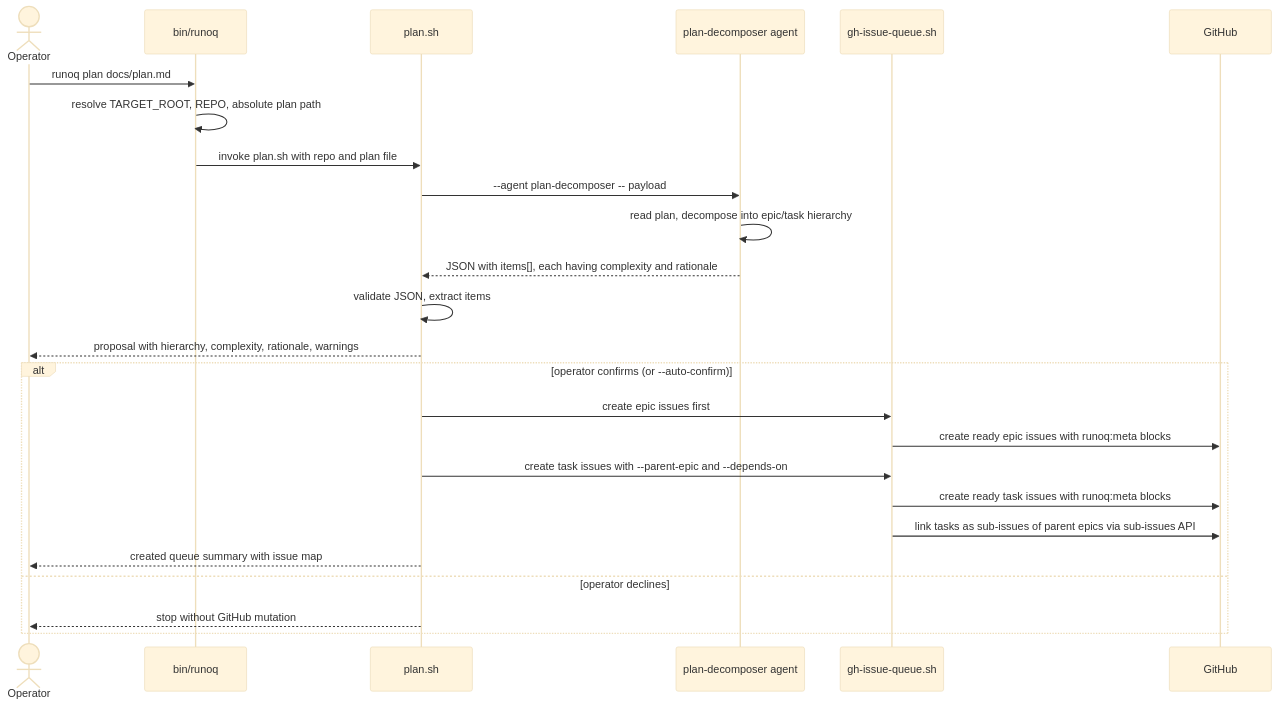
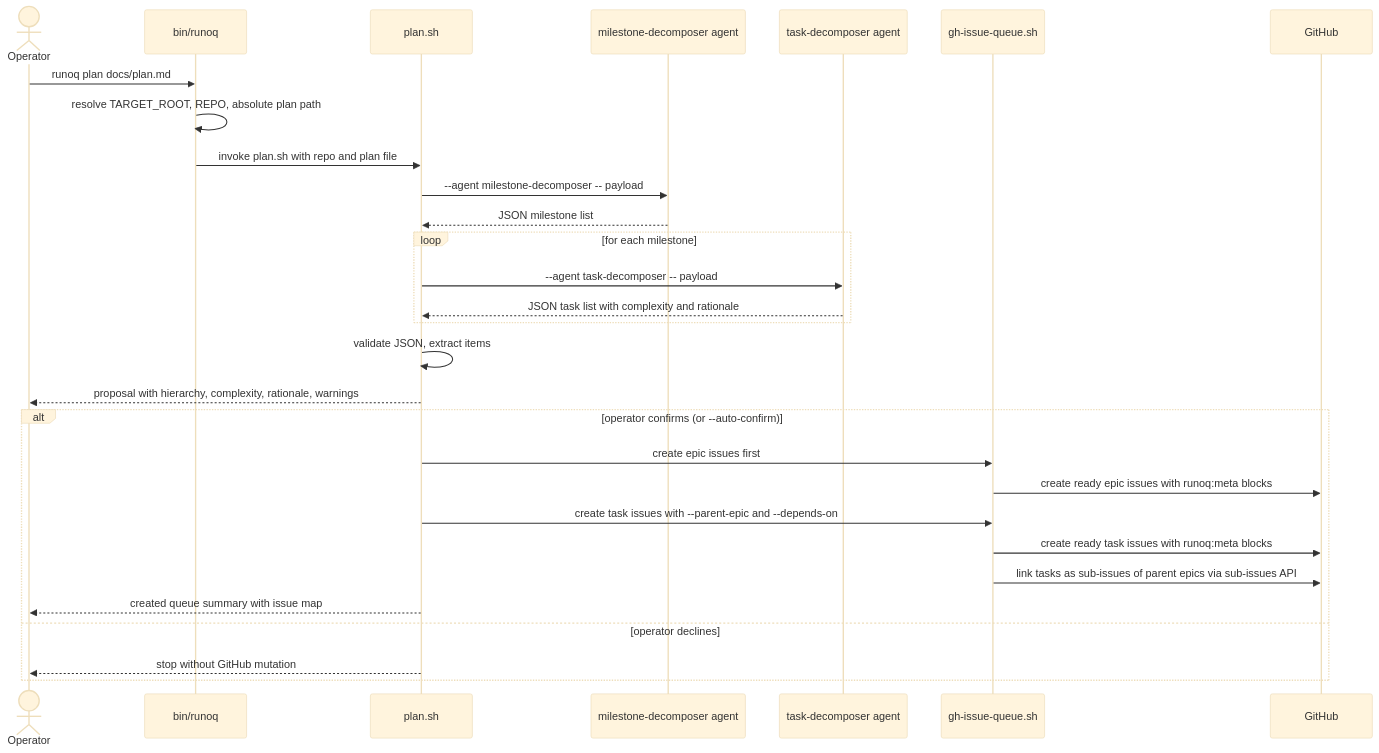
Before and after one commit to morhekil/runoq: the second of 9 diagrams in docs/architecture/flows.md, drawn with Mermaid (base theme). The commit also changed 2 other files, not shown here.

Commit message:
Document tick as the primary planning flow

````diff
--- a/docs/architecture/flows.md
+++ b/docs/architecture/flows.md
@@ -85,28 +85,32 @@
 ```mermaid
 sequenceDiagram
   actor Operator
   participant CLI as bin/runoq
   participant Plan as plan.sh
-  participant Claude as plan-decomposer agent
+  participant Milestones as milestone-decomposer agent
+  participant Tasks as task-decomposer agent
   participant Queue as gh-issue-queue.sh
   participant GH as GitHub
 
   Operator->>CLI: runoq plan docs/plan.md
   CLI->>CLI: resolve TARGET_ROOT, REPO, absolute plan path
   CLI->>Plan: invoke plan.sh with repo and plan file
-  Plan->>Claude: --agent plan-decomposer -- payload
-  Claude->>Claude: read plan, decompose into epic/task hierarchy
-  Claude-->>Plan: JSON with items[], each having complexity and rationale
+  Plan->>Milestones: --agent milestone-decomposer -- payload
+  Milestones-->>Plan: JSON milestone list
+  loop for each milestone
+    Plan->>Tasks: --agent task-decomposer -- payload
+    Tasks-->>Plan: JSON task list with complexity and rationale
+  end
   Plan->>Plan: validate JSON, extract items
   Plan-->>Operator: proposal with hierarchy, complexity, rationale, warnings
   alt operator confirms (or --auto-confirm)
     Plan->>Queue: create epic issues first
     Queue->>GH: create ready epic issues with runoq:meta blocks
     Plan->>Queue: create task issues with --parent-epic and --depends-on
     Queue->>GH: create ready task issues with runoq:meta blocks
     Queue->>GH: link tasks as sub-issues of parent epics via sub-issues API
     Plan-->>Operator: created queue summary with issue map
   else operator declines
     Plan-->>Operator: stop without GitHub mutation
   end
 ```
````
